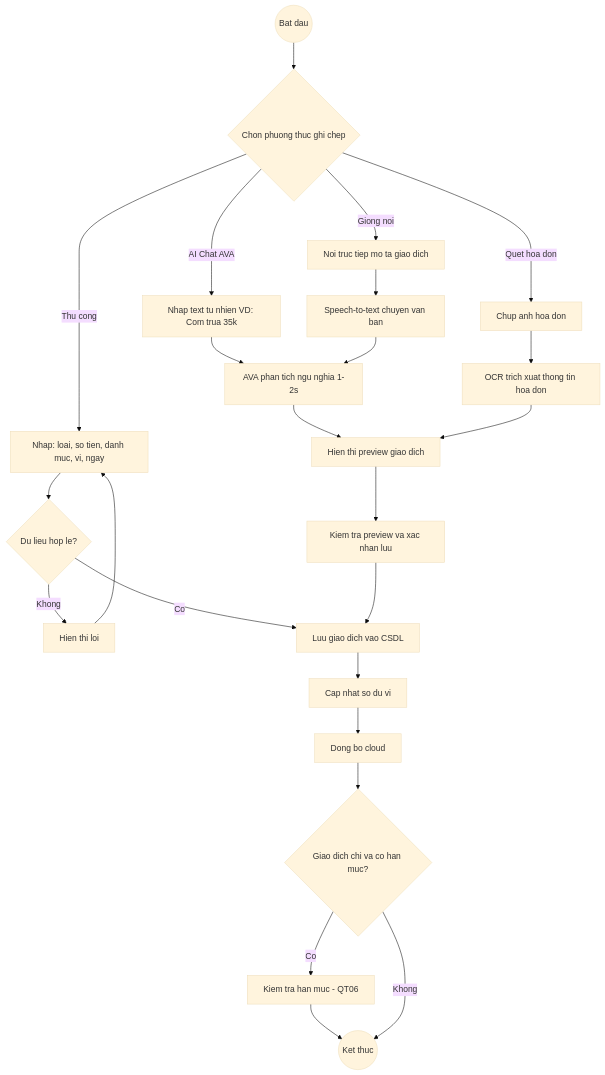
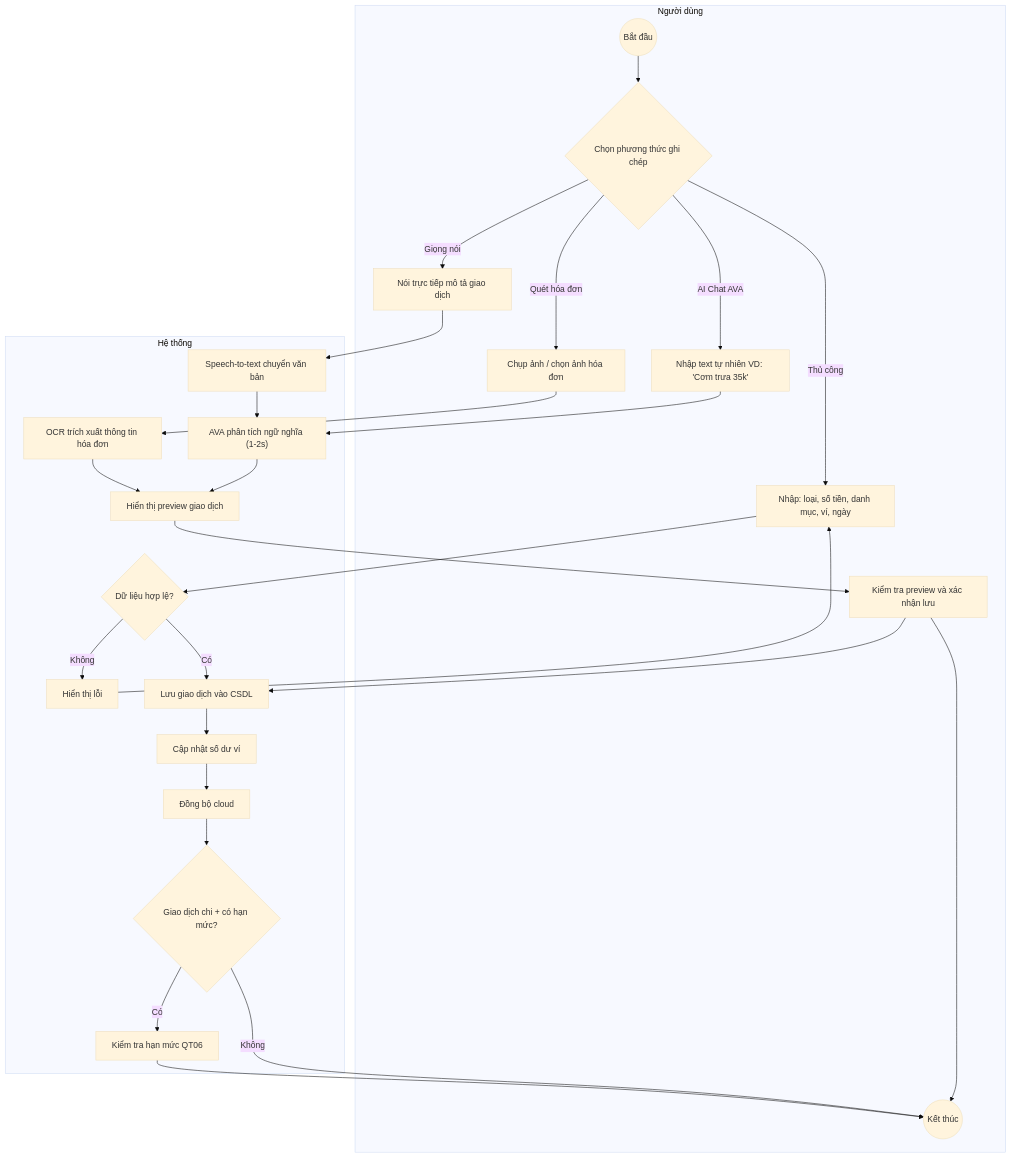
One commit to Hieu-vn/Graduation-Thesis changed the fourth of 10 diagrams in Nghiên cứu MISA MoneyKeeper.md. Above: the diagram before and after it, drawn with Mermaid (base theme). The commit also changed other lines of this file, not shown here.

First line of the commit message:
fix: Fix mermaid diagrams QT07-QT10 for GitHub rendering

````diff
--- a/Nghiên cứu MISA MoneyKeeper.md
+++ b/Nghiên cứu MISA MoneyKeeper.md
@@ -123,25 +136,30 @@
 ```mermaid
 flowchart TD
-    A((Bat dau)) --> B{Chon phuong thuc ghi chep}
-    B -->|Thu cong| C1[Nhap: loai, so tien, danh muc, vi, ngay]
-    B -->|AI Chat AVA| C2[Nhap text tu nhien VD: Com trua 35k]
-    B -->|Giong noi| C3[Noi truc tiep mo ta giao dich]
-    B -->|Quet hoa don| C4[Chup anh hoa don]
-    C1 --> D1{Du lieu hop le?}
-    D1 -->|Khong| E1[Hien thi loi] --> C1
-    D1 -->|Co| F[Luu giao dich vao CSDL]
-    C2 --> D2[AVA phan tich ngu nghia 1-2s]
-    C3 --> D3[Speech-to-text chuyen van ban]
-    D3 --> D2
-    D2 --> D5[Hien thi preview giao dich]
-    C4 --> D4[OCR trich xuat thong tin hoa don]
-    D4 --> D5
-    D5 --> J[Kiem tra preview va xac nhan luu]
-    J --> F
-    F --> G[Cap nhat so du vi]
-    G --> G2[Dong bo cloud]
-    G2 --> H{Giao dich chi va co han muc?}
-    H -->|Co| I[Kiem tra han muc - QT06]
-    I --> K((Ket thuc))
-    H -->|Khong| K
+    subgraph "Người dùng"
+        A((Bắt đầu)) --> B{Chọn phương thức ghi chép}
+        B -->|Thủ công| C1["Nhập: loại, số tiền, danh mục, ví, ngày"]
+        B -->|AI Chat AVA| C2["Nhập text tự nhiên VD: 'Cơm trưa 35k'"]
+        B -->|Giọng nói| C3["Nói trực tiếp mô tả giao dịch"]
+        B -->|Quét hóa đơn| C4["Chụp ảnh / chọn ảnh hóa đơn"]
+        J[Kiểm tra preview và xác nhận lưu] --> K((Kết thúc))
+    end
+    subgraph "Hệ thống"
+        C1 --> D1{Dữ liệu hợp lệ?}
+        D1 -->|Không| E1[Hiển thị lỗi] --> C1
+        D1 -->|Có| F[Lưu giao dịch vào CSDL]
+        C2 --> D2["AVA phân tích ngữ nghĩa (1-2s)"]
+        D2 --> D5[Hiển thị preview giao dịch]
+        C3 --> D3[Speech-to-text chuyển văn bản]
+        D3 --> D2
+        C4 --> D4[OCR trích xuất thông tin hóa đơn]
+        D4 --> D5
+        D5 --> J
+        J --> F
+        F --> G[Cập nhật số dư ví]
+        G --> G2[Đồng bộ cloud]
+        G2 --> H{Giao dịch chi + có hạn mức?}
+        H -->|Có| I[Kiểm tra hạn mức QT06]
+        H -->|Không| K
+        I --> K
+    end
 ```
````
